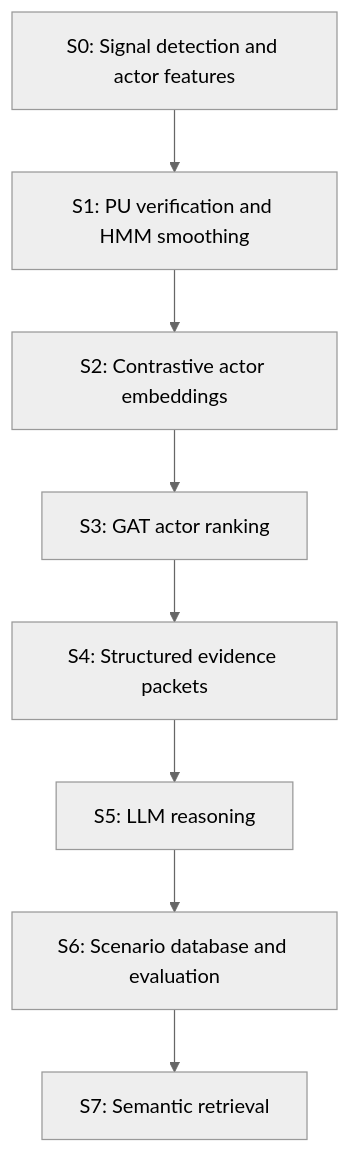
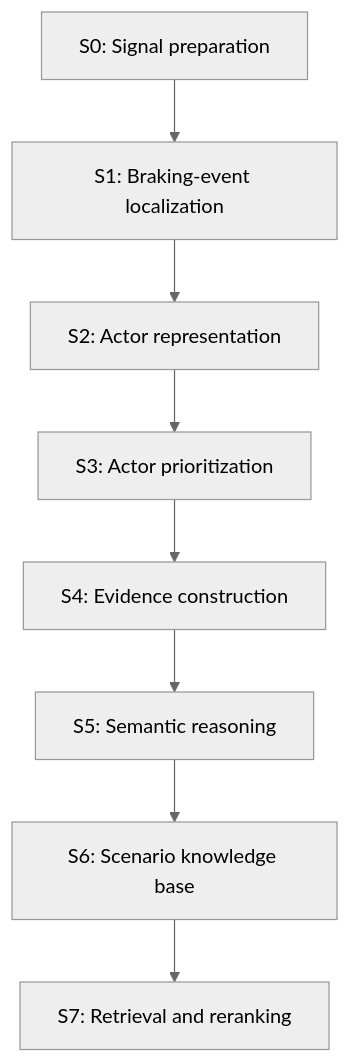
Before and after one commit to hariharan-c1/Signals_to_Semantics: the diagram in README.md, drawn with Mermaid (neutral theme). The commit also changed other lines of this file and 32 other files, not shown here.

````diff
--- a/README.md
+++ b/README.md
@@ -22,12 +35,12 @@
 ```mermaid
 flowchart TD
-    S0["S0: Signal detection and actor features"]
-    S1["S1: PU verification and HMM smoothing"]
-    S2["S2: Contrastive actor embeddings"]
-    S3["S3: GAT actor ranking"]
-    S4["S4: Structured evidence packets"]
-    S5["S5: LLM reasoning"]
-    S6["S6: Scenario database and evaluation"]
-    S7["S7: Semantic retrieval"]
+    S0["S0: Signal preparation"]
+    S1["S1: Braking-event localization"]
+    S2["S2: Actor representation"]
+    S3["S3: Actor prioritization"]
+    S4["S4: Evidence construction"]
+    S5["S5: Semantic reasoning"]
+    S6["S6: Scenario knowledge base"]
+    S7["S7: Retrieval and reranking"]
     S0 --> S1 --> S2 --> S3 --> S4 --> S5 --> S6 --> S7
 ```
````
